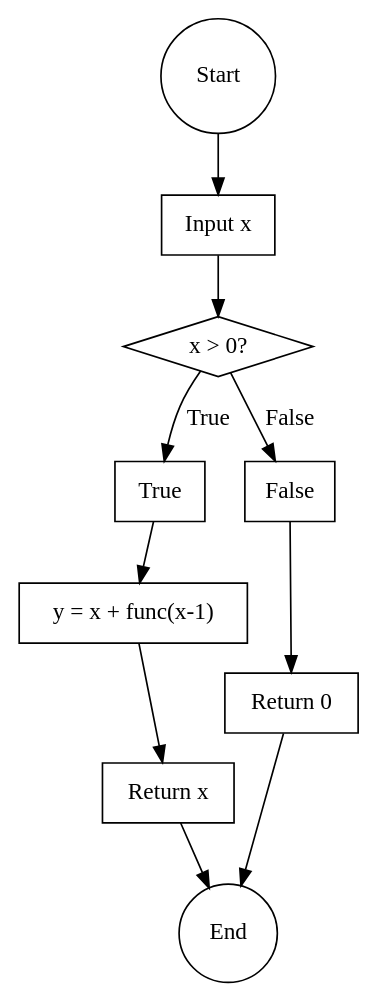
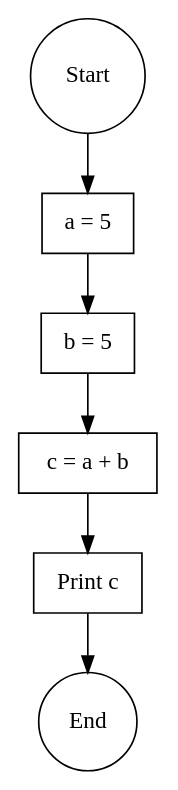
One commit to Saksham1515/AI_Code_Explainer changed the diagram in mygraph.dot. Above: the diagram before and after it, drawn with Graphviz. The commit also changed 3 other files, not shown here.

Commit message:
modifing flowchart code

```diff
--- a/mygraph.dot
+++ b/mygraph.dot
@@ -1,23 +1,16 @@
 digraph G {
     node [shape=box];
-
+    
     start [label="Start", shape=circle];
-    input [label="Input x", shape=box];
-    check_x [label="x > 0?", shape=diamond];
-    branch_positive [label="True", shape=box];
-    positive_recursion [label="y = x + func(x-1)", shape=box];
-    positive_end [label="Return x", shape=box];
-    branch_negative [label="False", shape=box];
-    negative_return [label="Return 0", shape=box];
+    a [label="a = 5", shape=box];
+    b [label="b = 5", shape=box];
+    add [label="c = a + b", shape=box];
+    print [label="Print c", shape=box];
     end [label="End", shape=circle];
-
-    start -> input;
-    input -> check_x;
-    check_x -> branch_positive [label="True"];
-    branch_positive -> positive_recursion;
-    positive_recursion -> positive_end;
-    positive_end -> end;
-    check_x -> branch_negative [label="False"];
-    branch_negative -> negative_return;
-    negative_return -> end;
+    
+    start -> a;
+    a -> b;
+    b -> add;
+    add -> print;
+    print -> end;
 }
```
